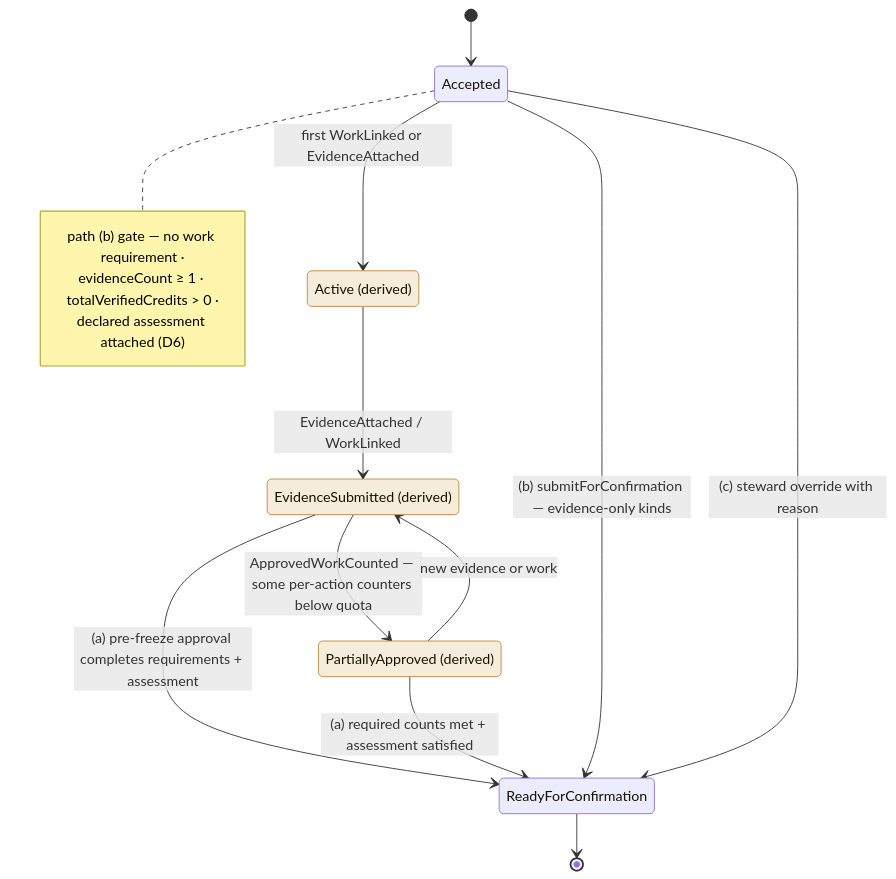
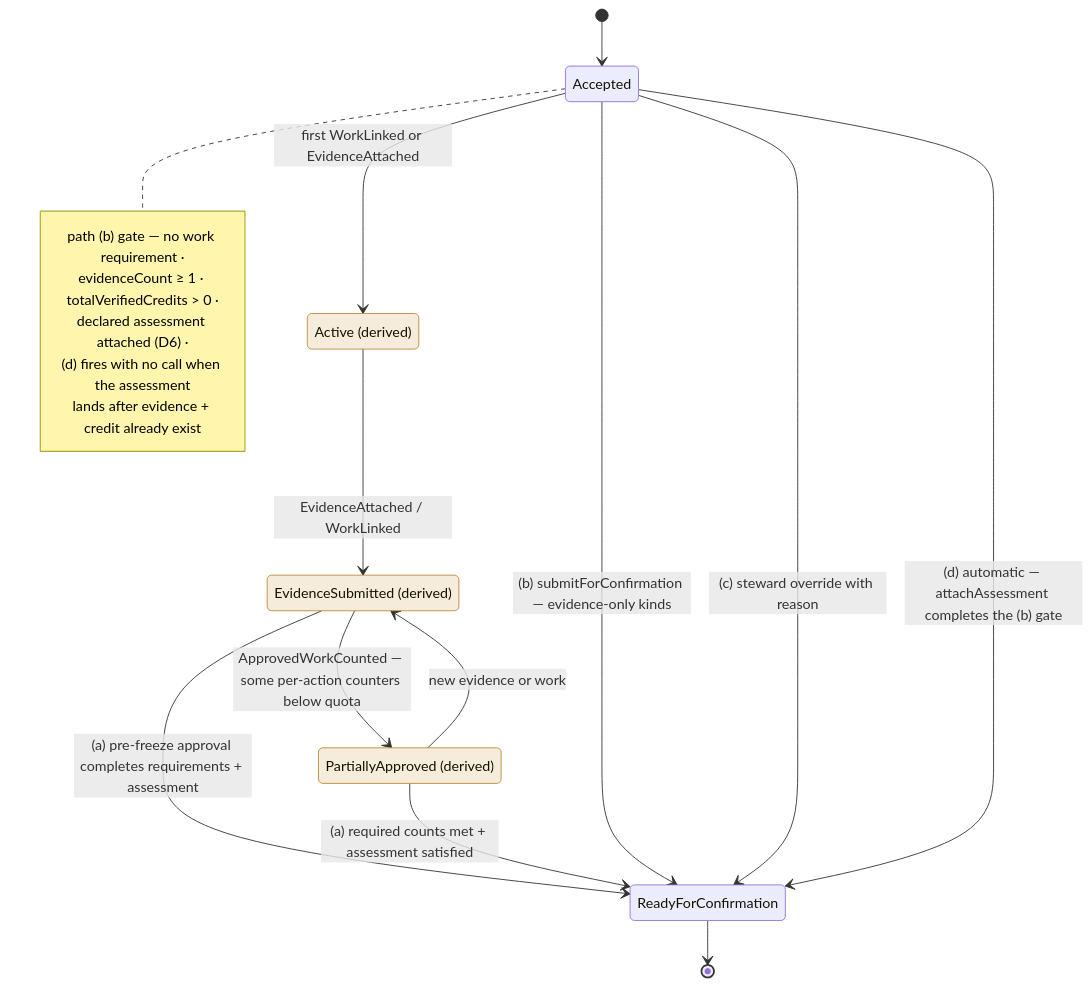
Diagram 15 of 43 in .plans/active/commitment-pooling/diagrams.md (greenpill-dev-guild/green-goods), drawn with Mermaid before and after one commit. The commit also changed other lines of this file, not shown here.

````diff
--- a/.plans/active/commitment-pooling/diagrams.md
+++ b/.plans/active/commitment-pooling/diagrams.md
@@ -865,25 +865,28 @@
 ```mermaid
 stateDiagram-v2
   classDef derived fill:#f6ecdc,stroke:#b98a3e
   Active: Active (derived)
   EvidenceSubmitted: EvidenceSubmitted (derived)
   PartiallyApproved: PartiallyApproved (derived)
   [*] --> Accepted
   Accepted --> Active : first WorkLinked or EvidenceAttached
   Active --> EvidenceSubmitted : EvidenceAttached / WorkLinked
   EvidenceSubmitted --> PartiallyApproved : ApprovedWorkCounted — some per-action counters below quota
   PartiallyApproved --> EvidenceSubmitted : new evidence or work
   EvidenceSubmitted --> ReadyForConfirmation : (a) pre-freeze approval completes requirements + assessment
   PartiallyApproved --> ReadyForConfirmation : (a) required counts met + assessment satisfied
   Accepted --> ReadyForConfirmation : (b) submitForConfirmation — evidence-only kinds
   Accepted --> ReadyForConfirmation : (c) steward override with reason
+  Accepted --> ReadyForConfirmation : (d) automatic — attachAssessment completes the (b) gate
   note right of Accepted
     path (b) gate — no work requirement ·
     evidenceCount ≥ 1 · totalVerifiedCredits > 0 ·
-    declared assessment attached (D6)
+    declared assessment attached (D6) ·
+    (d) fires with no call when the assessment
+    lands after evidence + credit already exist
   end note
   ReadyForConfirmation --> [*]
   class Active derived
   class EvidenceSubmitted derived
   class PartiallyApproved derived
 ```
````
